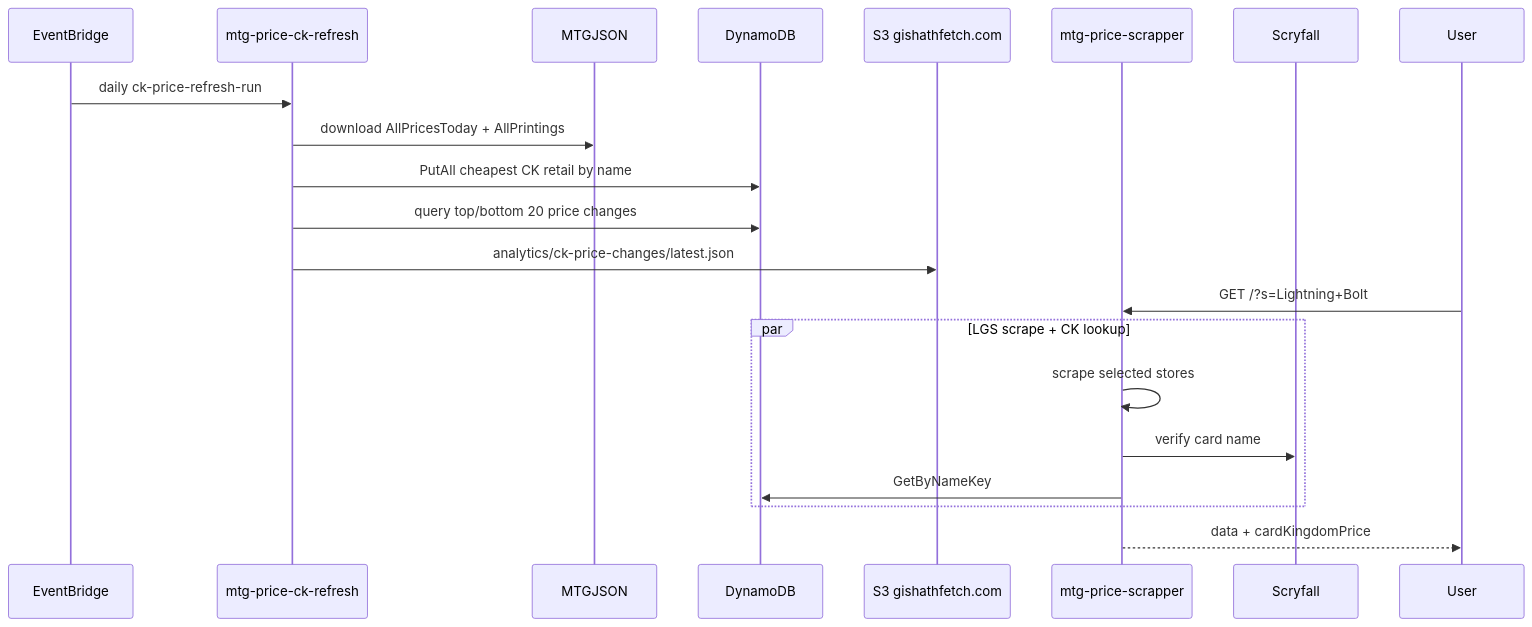
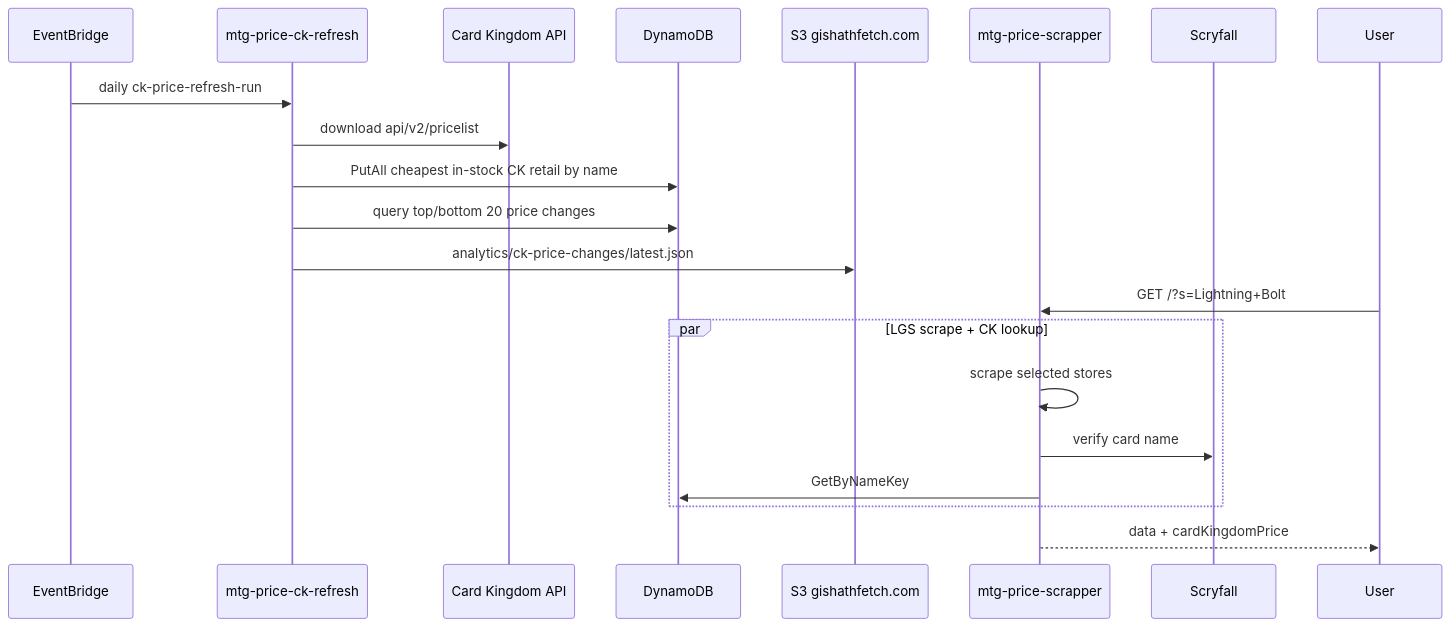
One commit to xenodus/gishathfetch changed the third of 4 diagrams in README.md. Above: the diagram before and after it, drawn with Mermaid. The commit also changed other lines of this file and 9 other files, not shown here.

First line of the commit message:
Swap CK price refresh from MTGJSON to Card Kingdom pricelist API

````diff
--- a/README.md
+++ b/README.md
@@ -153,24 +153,24 @@
 ```mermaid
 sequenceDiagram
     participant EB as EventBridge
     participant R as mtg-price-ck-refresh
-    participant M as MTGJSON
+    participant CK as Card Kingdom API
     participant D as DynamoDB
     participant S3 as S3 gishathfetch.com
     participant S as mtg-price-scrapper
     participant SF as Scryfall
     participant U as User
 
     EB->>R: daily ck-price-refresh-run
-    R->>M: download AllPricesToday + AllPrintings
-    R->>D: PutAll cheapest CK retail by name
+    R->>CK: download api/v2/pricelist
+    R->>D: PutAll cheapest in-stock CK retail by name
     R->>D: query top/bottom 20 price changes
     R->>S3: analytics/ck-price-changes/latest.json
     U->>S: GET /?s=Lightning+Bolt
     par LGS scrape + CK lookup
         S->>S: scrape selected stores
         S->>SF: verify card name
         S->>D: GetByNameKey
     end
     S-->>U: data + cardKingdomPrice
 ```
````
